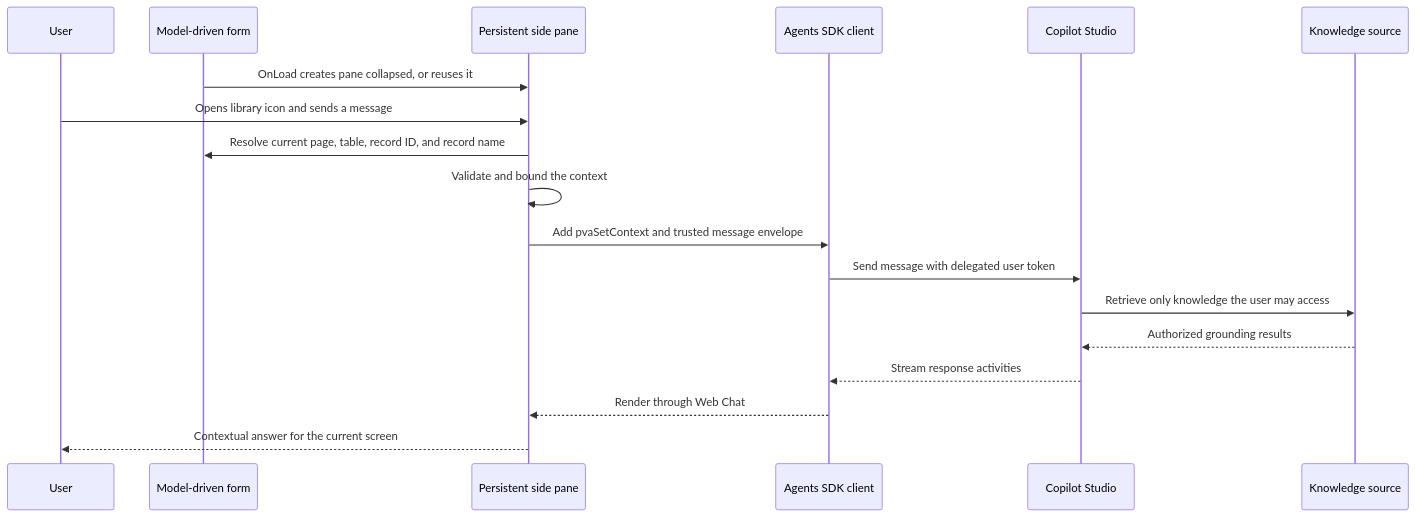
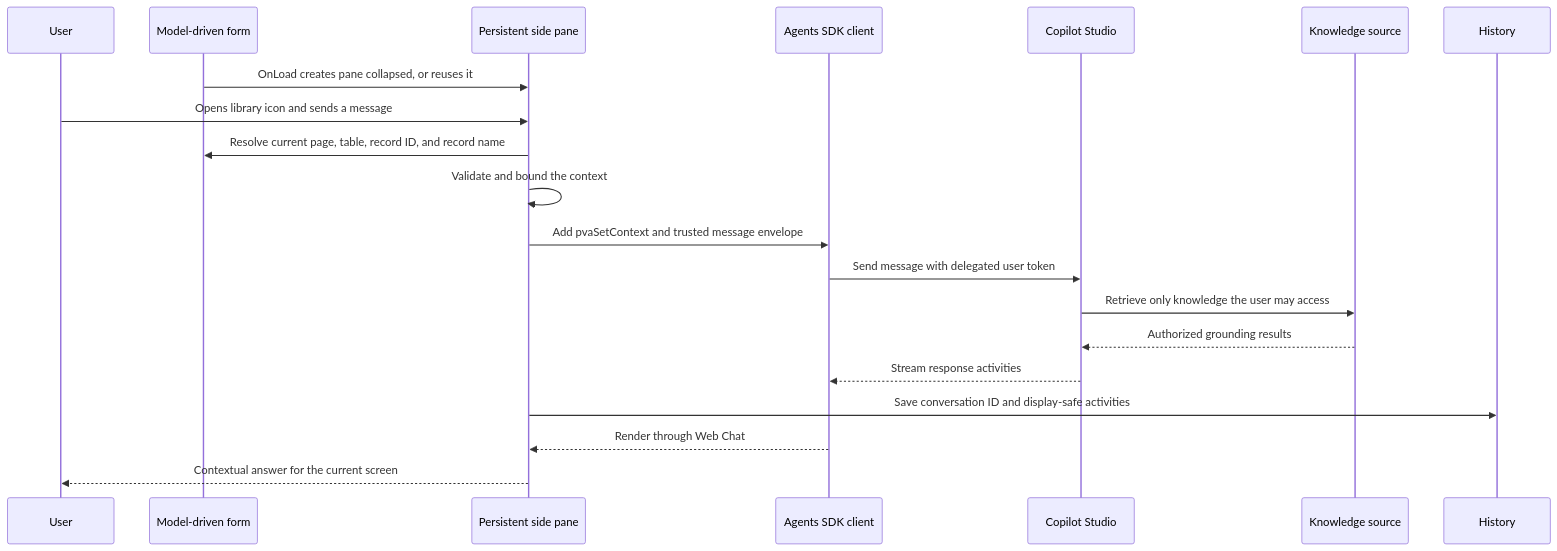
The second of 2 diagrams in README.md (martycarreras-psnl/CopilotStudioAgentMDA), drawn with Mermaid before and after one commit. The commit also changed other lines of this file and 16 other files, not shown here.

````diff
--- a/README.md
+++ b/README.md
@@ -88,21 +91,22 @@
 ```mermaid
 sequenceDiagram
 	participant U as User
 	participant F as Model-driven form
 	participant P as Persistent side pane
 	participant A as Agents SDK client
 	participant C as Copilot Studio
 	participant K as Knowledge source
 
 	F->>P: OnLoad creates pane collapsed, or reuses it
 	U->>P: Opens library icon and sends a message
 	P->>F: Resolve current page, table, record ID, and record name
 	P->>P: Validate and bound the context
 	P->>A: Add pvaSetContext and trusted message envelope
 	A->>C: Send message with delegated user token
 	C->>K: Retrieve only knowledge the user may access
 	K-->>C: Authorized grounding results
 	C-->>A: Stream response activities
+	P->>History: Save conversation ID and display-safe activities
 	A-->>P: Render through Web Chat
 	P-->>U: Contextual answer for the current screen
 ```
````
